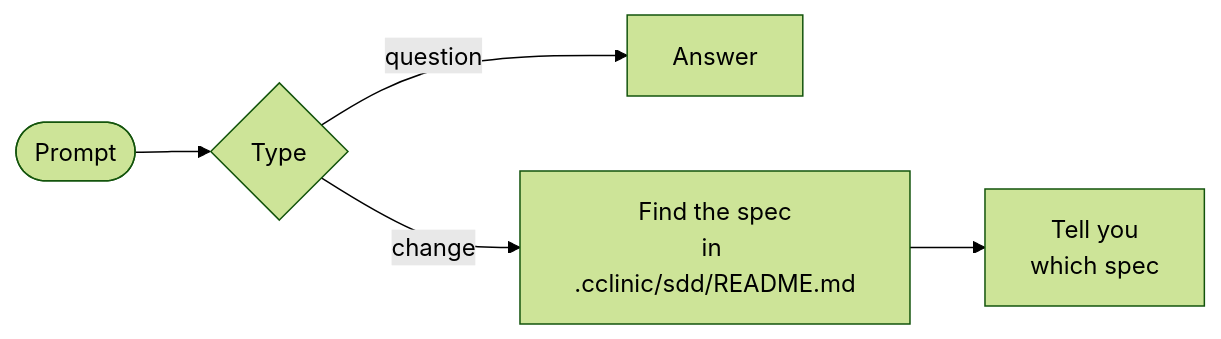
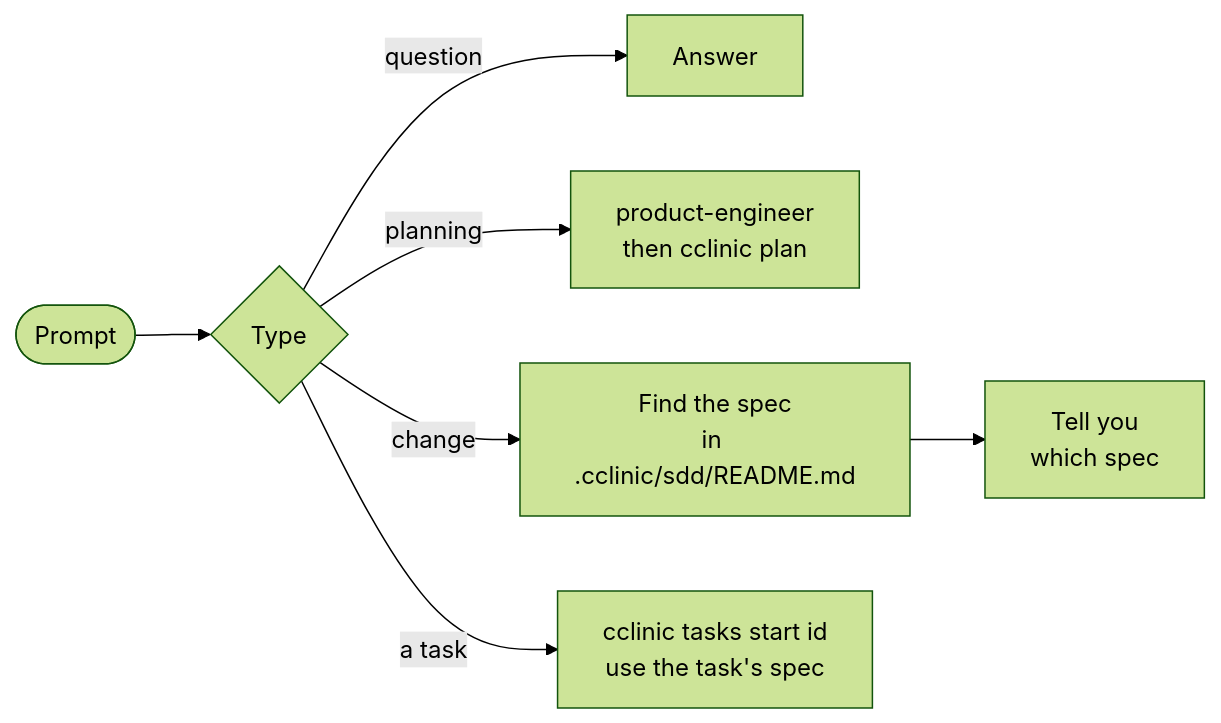
Before and after one commit to Hayko97/cclinic: the third of 6 diagrams in DEVELOPMENT_FLOW.md, drawn with Mermaid (forest theme). The commit also changed other lines of this file and 5 other files, not shown here.

Commit message:
docs: rewrite the readme and flow guides, and add the gui flow

````diff
--- a/DEVELOPMENT_FLOW.md
+++ b/DEVELOPMENT_FLOW.md
@@ -66,7 +78,9 @@
 ```mermaid
 flowchart LR
     P([Prompt]) --> T{Type}
     T -- question --> A[Answer]
+    T -- planning --> PE[product-engineer<br/>then cclinic plan]
     T -- change --> S[Find the spec<br/>in .cclinic/sdd/README.md]
     S --> Tell[Tell you<br/>which spec]
+    T -- a task --> St[cclinic tasks start id<br/>use the task's spec]
 ```
````
